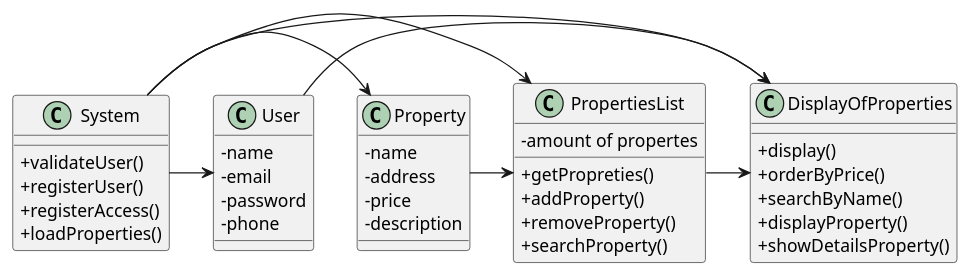
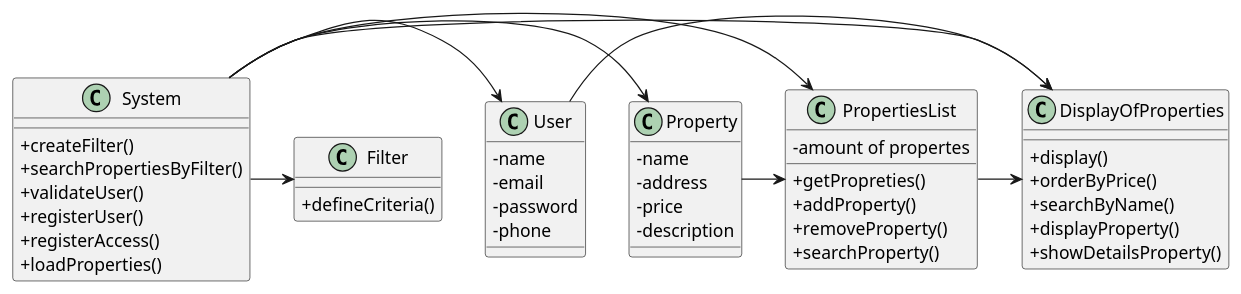
One commit to Rodrick0209/ISEP-LAPR2-22-23 changed the diagram in docs/Sprint-B/US001/03.design/puml/us001-class-diagram.puml. Above: the diagram before and after it, drawn with PlantUML. The commit also changed 3 other files, not shown here.

Commit message:
US001- Modified class diagram and Sequence diagram

```diff
--- a/docs/Sprint-B/US001/03.design/puml/us001-class-diagram.puml
+++ b/docs/Sprint-B/US001/03.design/puml/us001-class-diagram.puml
@@ -1,59 +1,66 @@
 @startuml
 
 skinparam packageStyle rectangle
 skinparam shadowing false
 'skinparam linetype polyline
 
 
 skinparam classAttributeIconSize 0
 
 class Property {
     -name
     -address
     -price
     -description
 }
 
 class PropertiesList {
     -amount of propertes
 
     + getPropreties()
     + addProperty()
     + removeProperty()
     + searchProperty()
 }
 
 class User {
     - name
     - email
     - password
     - phone
 }
 
 class DisplayOfProperties {
     + display()
     + orderByPrice()
     + searchByName()
     + displayProperty()
     + showDetailsProperty()
 
 }
 
 class System {
+    + createFilter()
+    + searchPropertiesByFilter()
     + validateUser()
     + registerUser()
     + registerAccess()
     + loadProperties()
+}
+
+class Filter {
+    + defineCriteria()
 }
 
 Property -> PropertiesList
 PropertiesList -> DisplayOfProperties
 User -> DisplayOfProperties
 System -> Property
 System -> PropertiesList
 System -> User
 System -> DisplayOfProperties
+System -> Filter
 
 
 
 @enduml
```
